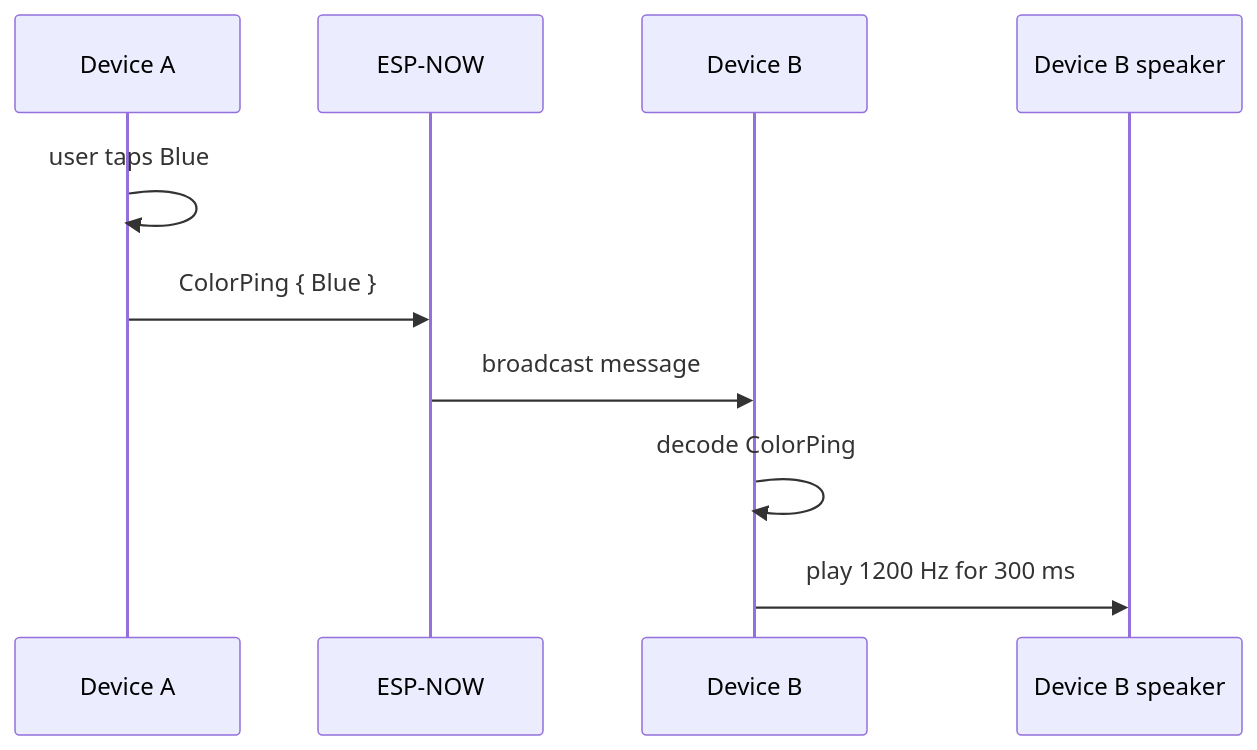
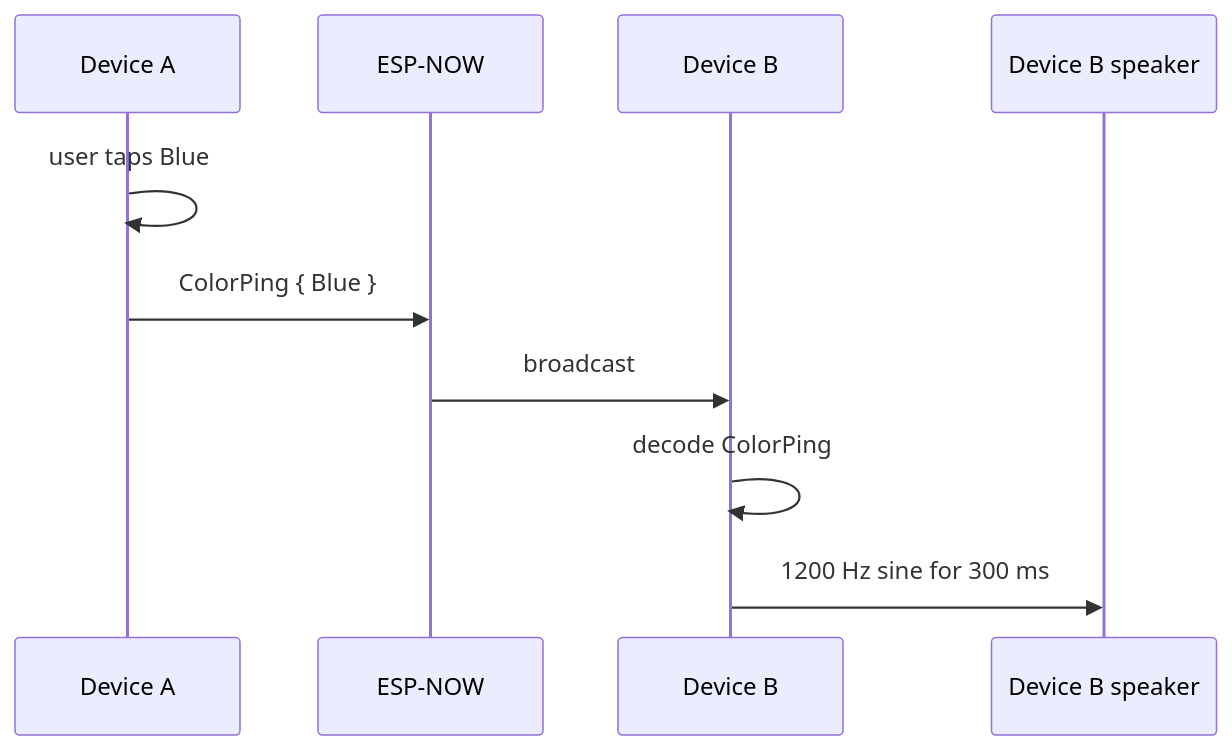
One commit to wackazong/hackandhike-2026 changed the ninth of 13 diagrams in README.md. Above: the diagram before and after it, drawn with Mermaid. The commit also changed other lines of this file, not shown here.

````diff
--- a/README.md
+++ b/README.md
@@ -814,13 +740,13 @@
 ```mermaid
 sequenceDiagram
     participant A as Device A
-    participant Net as ESP-NOW
+    participant Radio as ESP-NOW
     participant B as Device B
     participant Speaker as Device B speaker
 
     A->>A: user taps Blue
-    A->>Net: ColorPing { Blue }
-    Net->>B: broadcast message
+    A->>Radio: ColorPing { Blue }
+    Radio->>B: broadcast
     B->>B: decode ColorPing
-    B->>Speaker: play 1200 Hz for 300 ms
+    B->>Speaker: 1200 Hz sine for 300 ms
 ```
````
